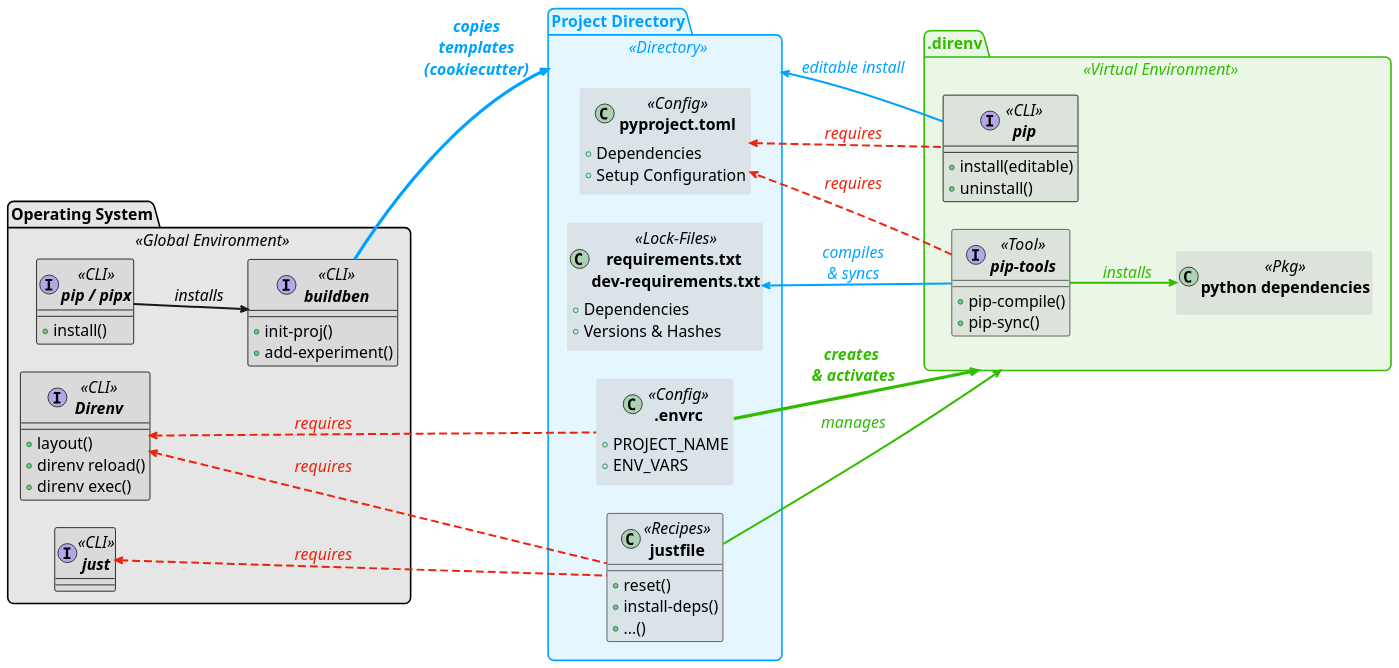
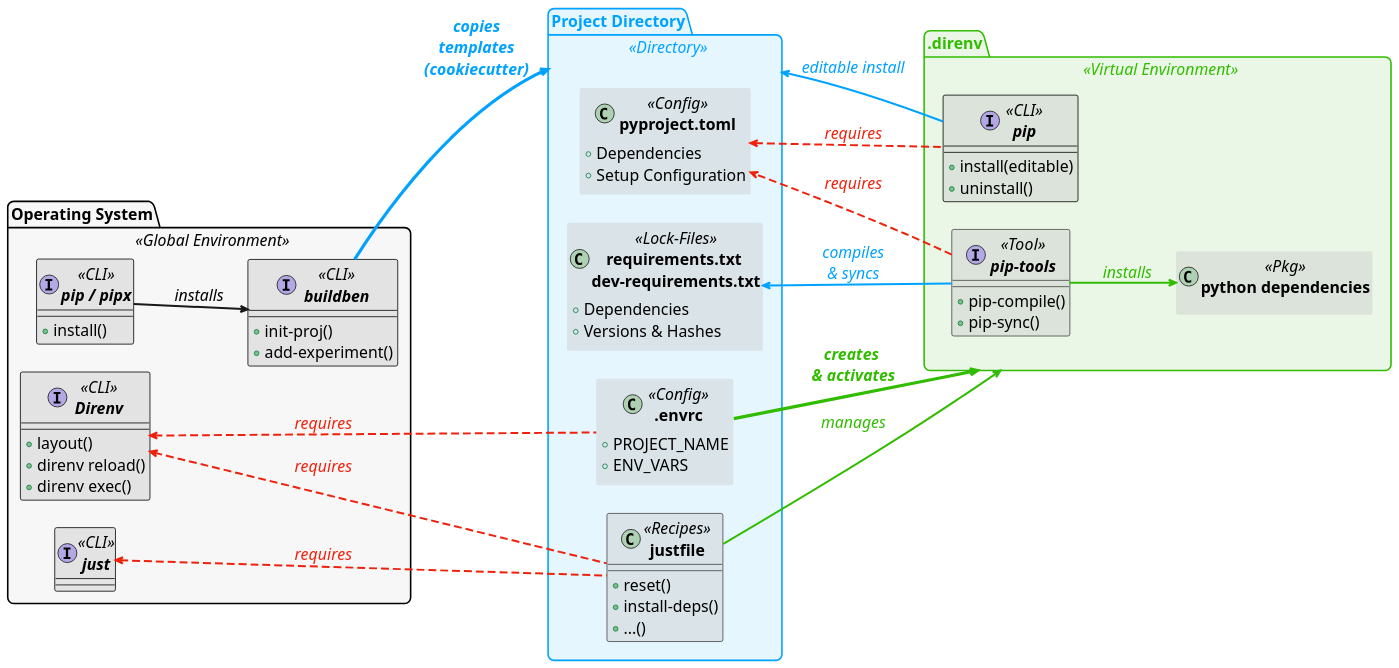
One commit to HisQu/buildben changed the diagram in assets/figures/diagram.puml. Above: the diagram before and after it, drawn with PlantUML. The commit also changed 2 other files, not shown here.

Commit message:
fix background

```diff
--- a/assets/figures/diagram.puml
+++ b/assets/figures/diagram.puml
@@ -1,178 +1,178 @@
 @startuml
 left to right direction
 ' top to bottom direction
 
 ' === Global look & feel =============
 skinparam defaultFontSize 20
 ' skinparam BackgroundColor #00000010
 skinparam BackgroundColor transparent
 
 ' ======================================
 skinparam package {
     RoundCorner 15
     BorderThickness 2
     ' BackgroundColor #00A2FF19
     ' BorderColor #00A2FF
     ' FontColor   #00A2FF
 }
 skinparam package<<Global Environment>> {
-    BackgroundColor #00000019
+    BackgroundColor #aaaaaa19
 }
 skinparam package<<Virtual Environment>>{
     BackgroundColor #2ead0019
     BorderColor #32bc00ff
     FontColor   #32bc00ff
 }
 skinparam package<<Directory>> {
     BackgroundColor #00A2FF19
     BorderColor #00A2FF
     FontColor   #00A2FF
 }
 
 ' ======================================
 skinparam class {
     BackgroundColor #cccccc77
     BorderColor     #444444
     BorderThickness 1
     FontStyle bold
     RoundCorner 15
 }
 skinparam class<<CLI>> {
     BorderColor     #000000
 }
 skinparam class<<Config>><<Pkg>><<Lock-Files>> {
     BorderColor     #000000
     BorderThickness 0
 }
 
 ' =====================================================================
 
 
 
 
 ' === Package: Global Environment =============
 package "Operating System" as GE <<Global Environment>> {
 
     interface "buildben"      as B   <<CLI>>{
         +init-proj()
         +add-experiment()
     }
     interface "pip / pipx"    as PIP <<CLI>>{
         +install()
     }
     
     interface "just"          as J   <<CLI>>
     interface "Direnv"        as D   <<CLI>>{
         +layout()
         +direnv reload()
         +direnv exec()
     }
     
 }
 
 ' === Package: Project Directory =============
 package "Project Directory" as PDIR <<Directory>> {
 
     class "pyproject.toml"                          as PPRT <<Config>> {
         +Dependencies
         +Setup Configuration
     }
     
     class "justfile"                                as JF  <<Recipes>> {
         +reset()
         +install-deps()
         +...()
     }
     
     class ".envrc"                                  as ERC  <<Config>>{
         +PROJECT_NAME
         +ENV_VARS
     }
     
     class "requirements.txt \ndev-requirements.txt" as RE   <<Lock-Files>> {
         +Dependencies
         +Versions & Hashes
     }
 }
 
 ' === Package: Virtual Environment =============
 package ".direnv" as VENV <<Virtual Environment>> {
     interface "pip-tools"               as PT  <<Tool>>{
         +pip-compile()
         +pip-sync()
     }
     class "python dependencies"     as PD  <<Pkg>>
     ' VE o-- PD : contains
     
     interface "pip"                     as PIPvenv <<CLI>> {
         +install(editable)
         +uninstall()
     }
 }
 
 
 ' =====================================================================
 
 ' === Straight Arrows =============
 
 <style>
 arrow {
     LineThickness 2.5
     FontStyle italic
 }
 </style>
 
 PIP --> B : installs
 
 ' =========================
 
 <style>
 arrow {
     LineColor #00A2FF
     FontColor #00A2FF
 }
 </style>
 
 ' PT --> PD <<test>> : installs 
 B -[thickness=4]-> PDIR : **copies**\n**templates**\n**(cookiecutter)** 
 PT  --> RE : compiles\n& syncs
 PDIR <-- PIPvenv : editable install
 
 ' === SPecial Straight Arrows =============
 <style>
 arrow {
     LineColor #32bc00ff
     FontColor #32bc00ff
     LineThickness 2.5
 }
 </style>
 
 ' ERC --> PT : installs
 PT --> PD : installs
 ERC -[thickness=4]-> VENV : **creates** \n**& activates**
 JF --> VENV : manages
 
 
 ' === Dependencies =============
 
 <style>
 arrow {
     LineStyle 10-5
     LineColor #EE220C
     FontColor #EE220C
 }
 </style>
 
 
 D   <-- ERC : requires
 J   <-- JF  : requires
 D   <-- JF  : requires
 
 ' JF  --> PT  
 PT --> PPRT : requires
 
 PPRT <-- PIPvenv: requires
 
 ' ERC -left-  JF     : interacts
 ' PPRT ..> PT    : read by
 @enduml
```
